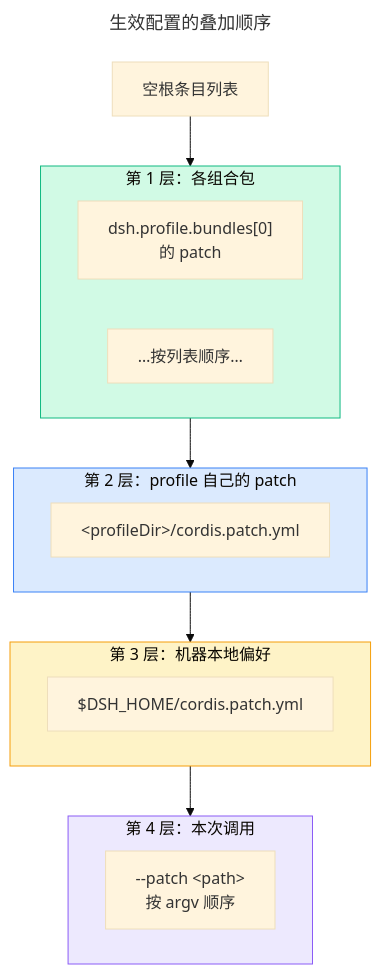
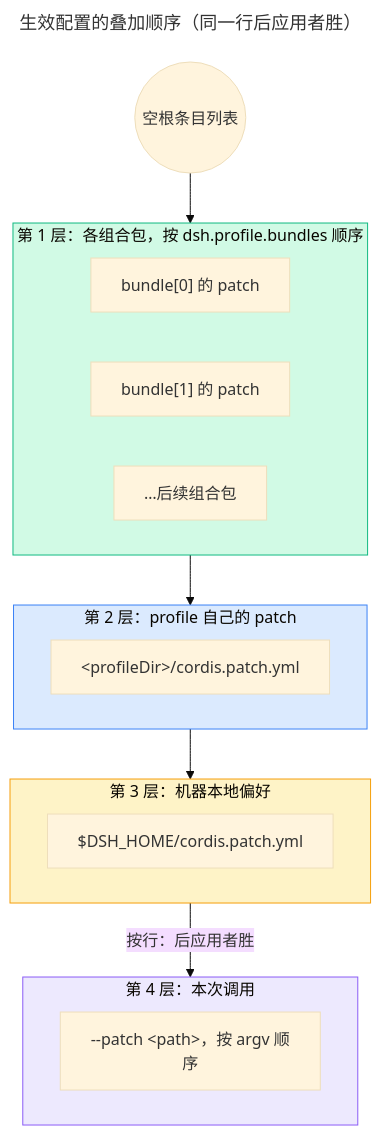
Before and after one commit to yanqd0/dsh-dev-dsh: the diagram in skill/references/dsh/composition-and-boot.md, drawn with Mermaid. The commit also changed 2 other files, not shown here.

Commit message:
feat(skill): 用 my-mermaid 重绘三张手册图（#47）

````diff
--- a/skill/references/dsh/composition-and-boot.md
+++ b/skill/references/dsh/composition-and-boot.md
@@ -39,30 +39,31 @@
 ```mermaid
 ---
-title: 生效配置的叠加顺序
+title: 生效配置的叠加顺序（同一行后应用者胜）
 ---
 %%{init: {'theme': 'base', 'themeVariables': {'clusterBkg': '#f9fafb', 'clusterBorder': '#d1d5db'}}}%%
 flowchart TB
-  ROOT["空根条目列表"]
-  subgraph L1["第 1 层：各组合包"]
+  ROOT(("空根条目列表"))
+  subgraph L1["第 1 层：各组合包，按 dsh.profile.bundles 顺序"]
     direction LR
-    B1["dsh.profile.bundles[0]<br/>的 patch"]
-    B2["…按列表顺序…"]
+    B1["bundle[0] 的 patch"]
+    B2["bundle[1] 的 patch"]
+    B3["…后续组合包"]
   end
   subgraph L2["第 2 层：profile 自己的 patch"]
     direction LR
     P1["&lt;profileDir&gt;/cordis.patch.yml"]
   end
   subgraph L3["第 3 层：机器本地偏好"]
     direction LR
     H1["$DSH_HOME/cordis.patch.yml"]
   end
   subgraph L4["第 4 层：本次调用"]
     direction LR
-    O1["--patch &lt;path&gt;<br/>按 argv 顺序"]
+    O1["--patch &lt;path&gt;，按 argv 顺序"]
   end
-  ROOT --> L1 --> L2 --> L3 --> L4
+  ROOT --> L1 --> L2 --> L3 -->|"按行：后应用者胜"| L4
   style L1 fill:#d1fae5,stroke:#10b981
   style L2 fill:#dbeafe,stroke:#3b82f6
   style L3 fill:#fef3c7,stroke:#f59e0b
   style L4 fill:#ede9fe,stroke:#8b5cf6
 ```
````
